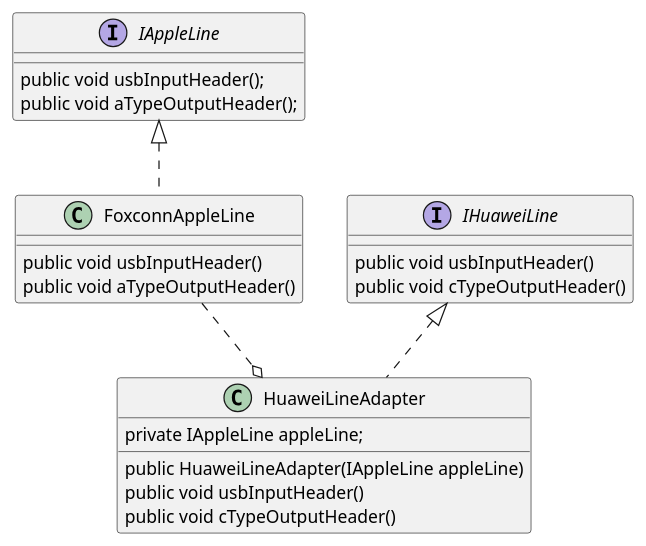
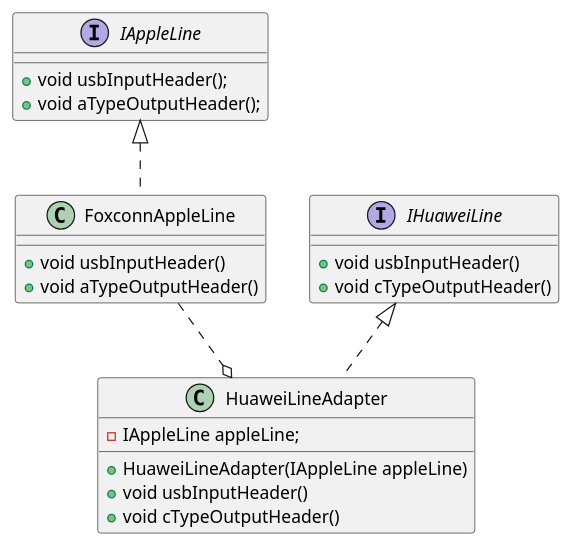
One commit to Carlos-Messi-Gold-Ye/DesignModel changed the diagram in src/main/java/com/design/model/adapter/adapter-object.puml. Above: the diagram before and after it, drawn with PlantUML. The commit also changed 2 other files, not shown here.

```diff
--- a/src/main/java/com/design/model/adapter/adapter-object.puml
+++ b/src/main/java/com/design/model/adapter/adapter-object.puml
@@ -1,29 +1,29 @@
 @startuml
 
 interface IAppleLine {
 
-    public void usbInputHeader();
-    public void aTypeOutputHeader();
+    + void usbInputHeader();
+    + void aTypeOutputHeader();
 }
 
 interface IHuaweiLine {
-    public void usbInputHeader()
-    public void cTypeOutputHeader()
+    + void usbInputHeader()
+    + void cTypeOutputHeader()
 }
 
 class FoxconnAppleLine implements IAppleLine {
-    public void usbInputHeader()
-    public void aTypeOutputHeader()
+    + void usbInputHeader()
+    + void aTypeOutputHeader()
 }
 
 FoxconnAppleLine ..o HuaweiLineAdapter
 class HuaweiLineAdapter implements IHuaweiLine{
 
-    private IAppleLine appleLine;
+    - IAppleLine appleLine;
 
-    public HuaweiLineAdapter(IAppleLine appleLine)
-    public void usbInputHeader()
-    public void cTypeOutputHeader()
+    + HuaweiLineAdapter(IAppleLine appleLine)
+    + void usbInputHeader()
+    + void cTypeOutputHeader()
 }
 
 @enduml
```
